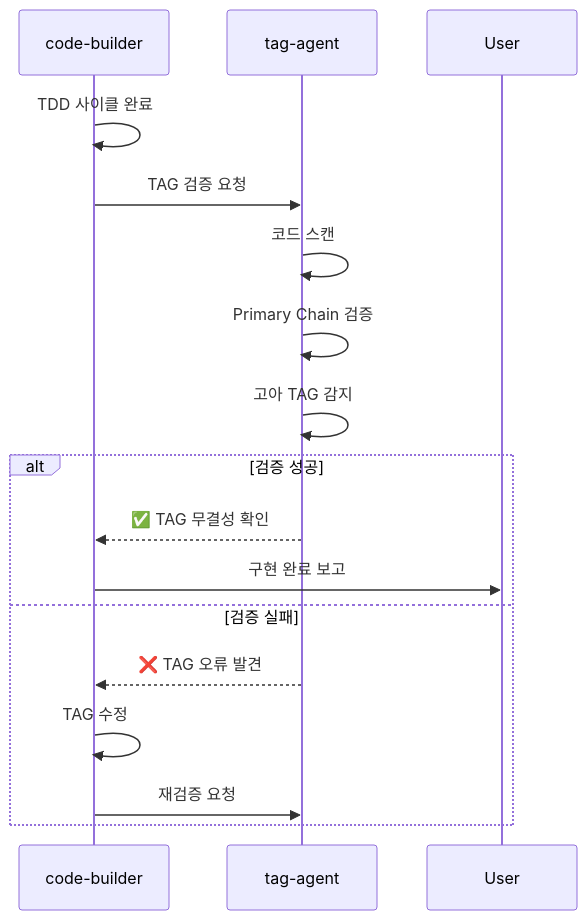
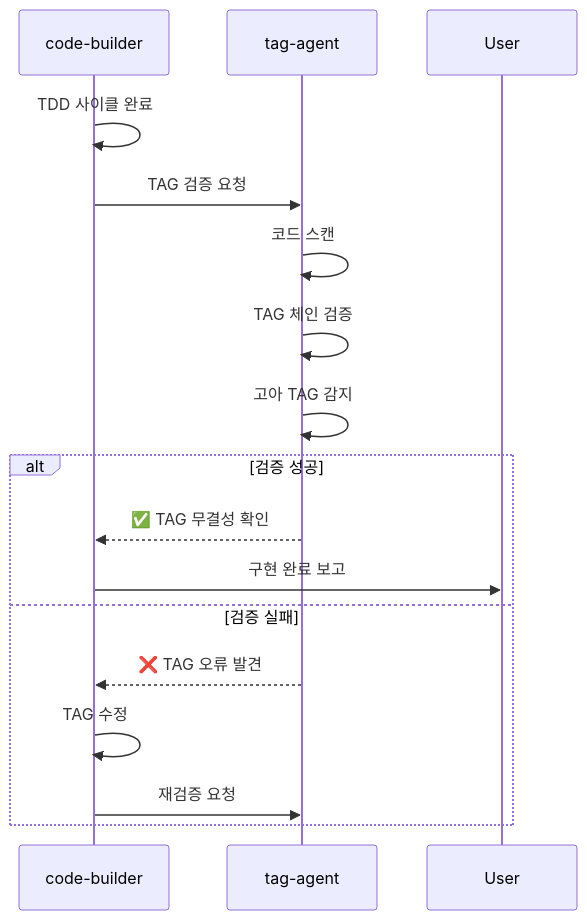
Before and after one commit to modu-ai/moai-adk: the sixth of 7 diagrams in docs/claude/agents/code-builder.md, drawn with Mermaid. The commit also changed other lines of this file and 36 other files, not shown here.

````diff
--- a/docs/claude/agents/code-builder.md
+++ b/docs/claude/agents/code-builder.md
@@ -703,22 +703,22 @@
 ```mermaid
 sequenceDiagram
     participant CB as code-builder
     participant TA as tag-agent
     participant User
 
     CB->>CB: TDD 사이클 완료
 
     CB->>TA: TAG 검증 요청
     TA->>TA: 코드 스캔
-    TA->>TA: Primary Chain 검증
+    TA->>TA: TAG 체인 검증
     TA->>TA: 고아 TAG 감지
 
     alt 검증 성공
         TA-->>CB: ✅ TAG 무결성 확인
         CB->>User: 구현 완료 보고
     else 검증 실패
         TA-->>CB: ❌ TAG 오류 발견
         CB->>CB: TAG 수정
         CB->>TA: 재검증 요청
     end
 ```
````
